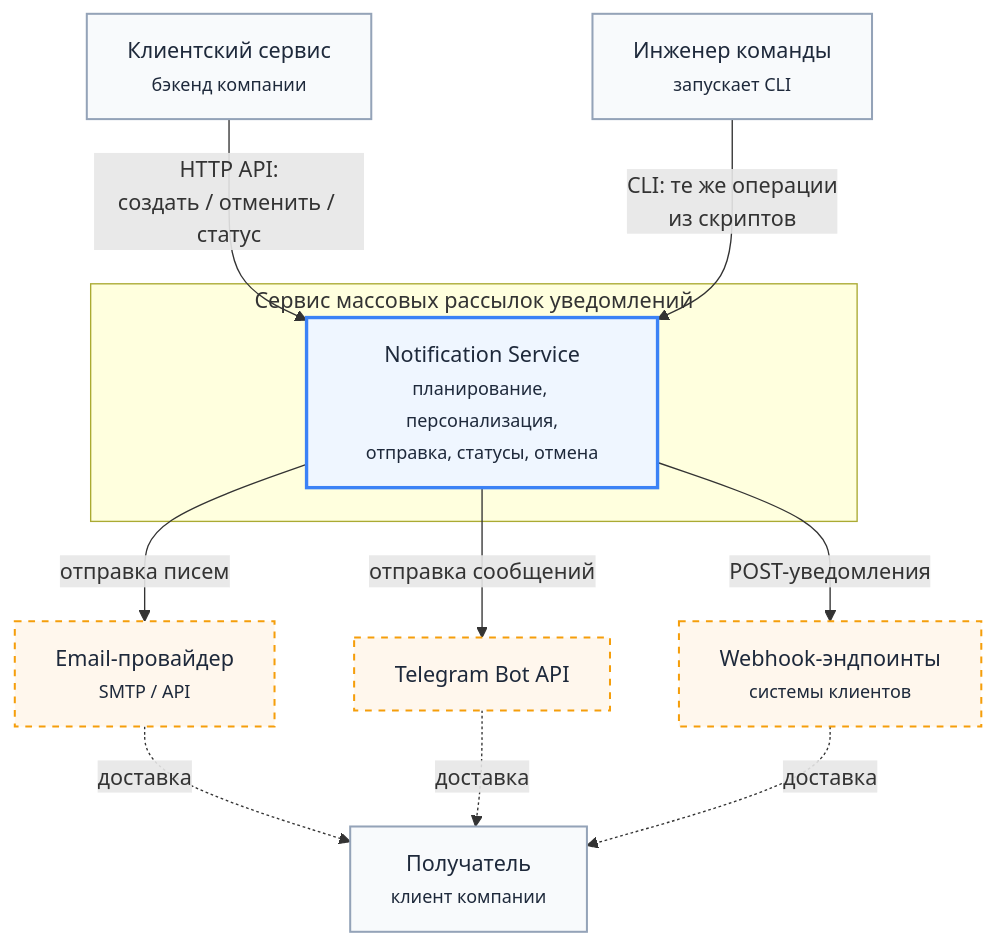
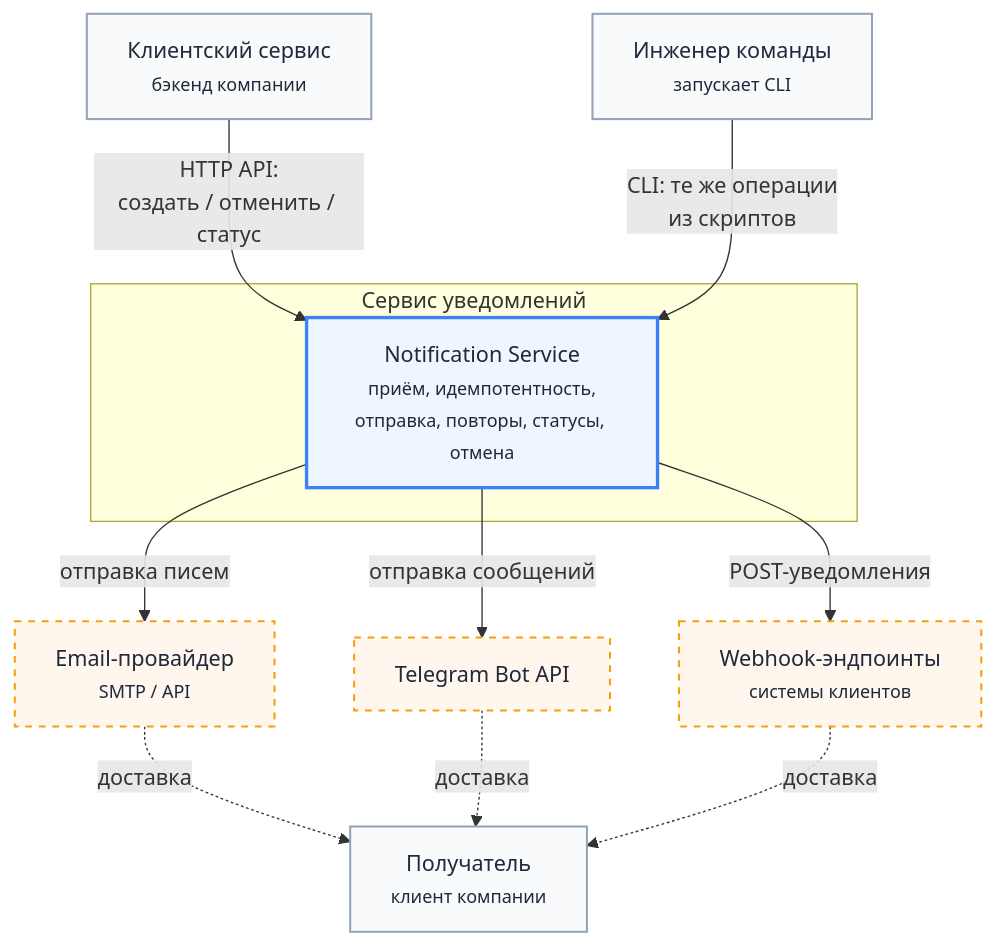
One commit to AIProgramIngeneering2026/team-auto-1 changed the first of 3 diagrams in docs/architecture.md. Above: the diagram before and after it, drawn with Mermaid. The commit also changed other lines of this file and 1 other file, not shown here.

````diff
--- a/docs/architecture.md
+++ b/docs/architecture.md
@@ -19,30 +17,30 @@
 ```mermaid
 flowchart TB
     DEV["Инженер команды<br><small>запускает CLI</small>"]
     APP["Клиентский сервис<br><small>бэкенд компании</small>"]
     REC["Получатель<br><small>клиент компании</small>"]
 
-    subgraph NS["Сервис массовых рассылок уведомлений"]
-        SYS["Notification Service<br><small>планирование, персонализация,<br>отправка, статусы, отмена</small>"]
+    subgraph NS["Сервис уведомлений"]
+        SYS["Notification Service<br><small>приём, идемпотентность,<br>отправка, повторы, статусы, отмена</small>"]
     end
 
     MAIL["Email-провайдер<br><small>SMTP / API</small>"]
     TG["Telegram Bot API"]
     WH["Webhook-эндпоинты<br><small>системы клиентов</small>"]
 
     APP -->|"HTTP API:<br>создать / отменить / статус"| SYS
     DEV -->|"CLI: те же операции<br>из скриптов"| SYS
     SYS -->|"отправка писем"| MAIL
     SYS -->|"отправка сообщений"| TG
     SYS -->|"POST-уведомления"| WH
     MAIL -.->|"доставка"| REC
     TG -.->|"доставка"| REC
     WH -.->|"доставка"| REC
 
     classDef person fill:#F8FAFC,stroke:#94A3B8,stroke-width:1.5px,color:#1E293B
     classDef system fill:#EFF6FF,stroke:#3B82F6,stroke-width:2.5px,color:#1E293B
     classDef extprov fill:#FFF7ED,stroke:#F59E0B,stroke-width:1.5px,stroke-dasharray:5 5,color:#1E293B
     class DEV,APP,REC person
     class SYS system
     class MAIL,TG,WH extprov
 ```
````
